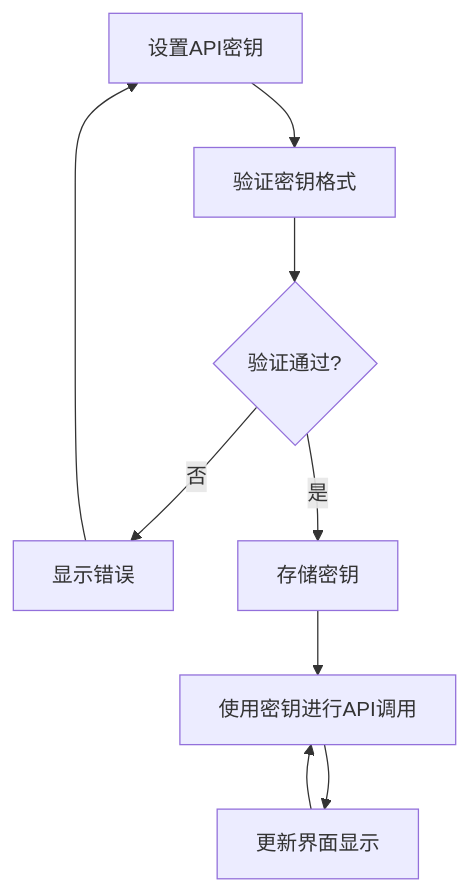
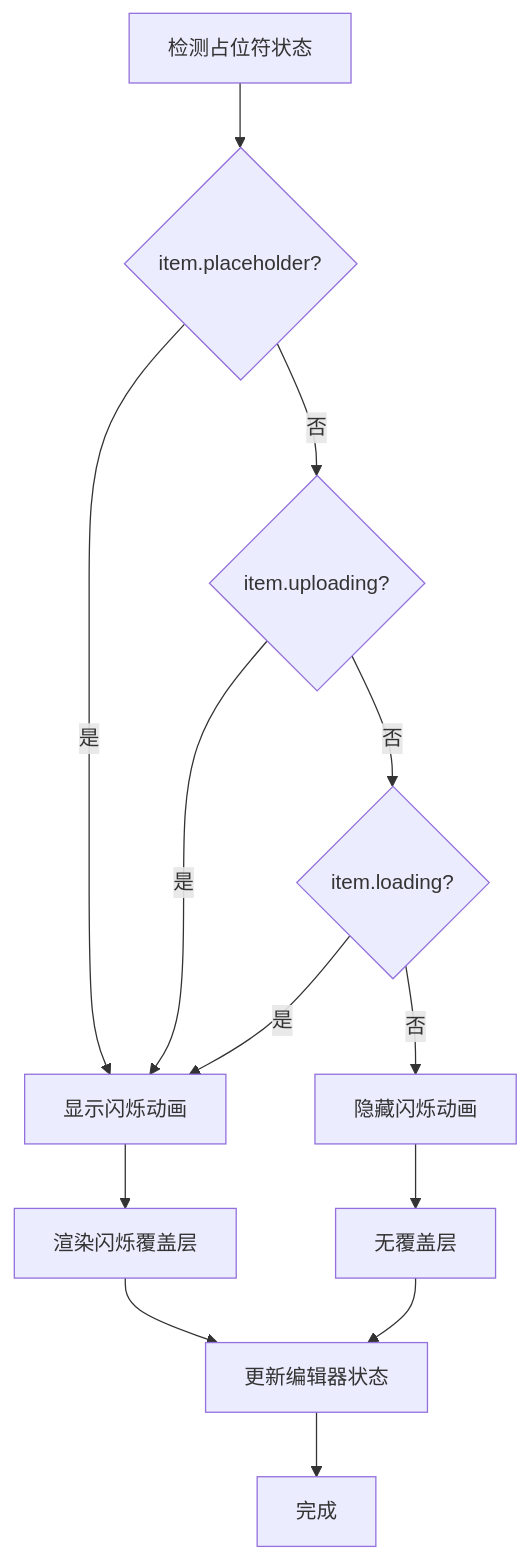
Before and after one commit to billye220670/BananaFlow2: the eighth of 18 diagrams in .qoder/repowiki/zh/content/状态管理系统.md, drawn with Mermaid. The commit also changed other lines of this file and 6 other files, not shown here.

````diff
--- a/.qoder/repowiki/zh/content/状态管理系统.md
+++ b/.qoder/repowiki/zh/content/状态管理系统.md
@@ -507,11 +480,15 @@
 ```mermaid
 flowchart TD
-SetKey[设置API密钥] --> ValidateKey[验证密钥格式]
-ValidateKey --> Valid{验证通过?}
-Valid --> |否| ShowError[显示错误]
-Valid --> |是| StoreKey[存储密钥]
-StoreKey --> UseKey[使用密钥进行API调用]
-UseKey --> UpdateUI[更新界面显示]
-ShowError --> SetKey
-UpdateUI --> UseKey
+Detect[检测占位符状态] --> CheckPlaceholder{item.placeholder?}
+CheckPlaceholder --> |是| ShowShimmer[显示闪烁动画]
+CheckPlaceholder --> |否| CheckUploading{item.uploading?}
+CheckUploading --> |是| ShowShimmer
+CheckUploading --> |否| CheckLoading{item.loading?}
+CheckLoading --> |是| ShowShimmer
+CheckLoading --> |否| HideShimmer[隐藏闪烁动画]
+ShowShimmer --> RenderOverlay[渲染闪烁覆盖层]
+HideShimmer --> NoOverlay[无覆盖层]
+RenderOverlay --> UpdateEditor[更新编辑器状态]
+NoOverlay --> UpdateEditor
+UpdateEditor --> End[完成]
 ```
````
